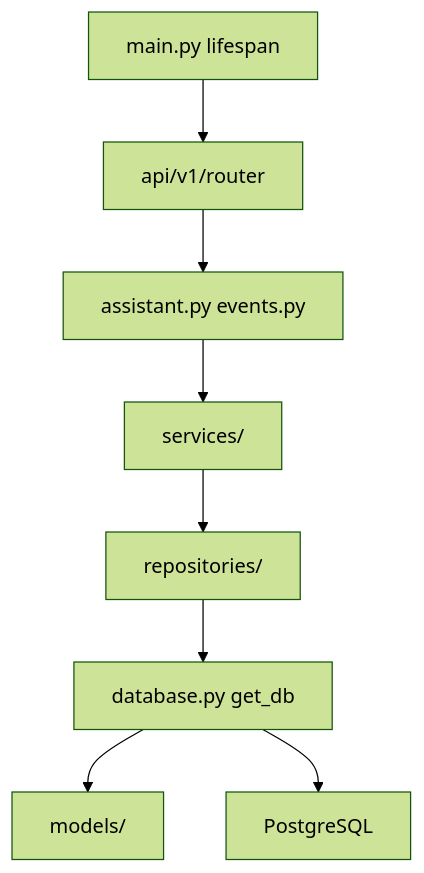
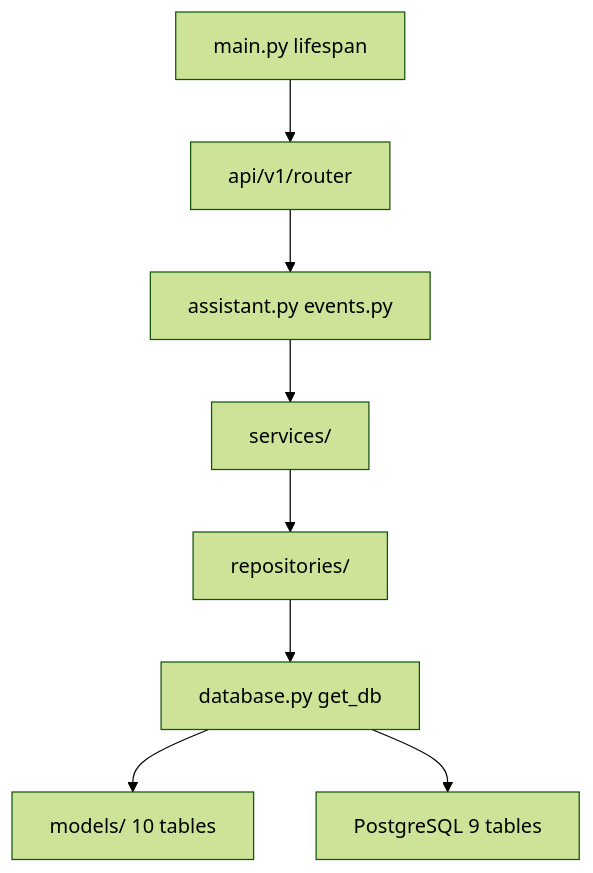
One commit to zatulik2606/diaai changed the diagram in docs/tech/backend-structure.md. Above: the diagram before and after it, drawn with Mermaid (forest theme). The commit also changed other lines of this file and 37 other files, not shown here.

````diff
--- a/docs/tech/backend-structure.md
+++ b/docs/tech/backend-structure.md
@@ -121,19 +157,19 @@
 ```mermaid
 flowchart TB
     main["main.py lifespan"]
     router["api/v1/router"]
     handlers["assistant.py events.py"]
     services["services/"]
     repos["repositories/"]
     db["database.py get_db"]
-    models["models/"]
-    pg["PostgreSQL"]
+    models["models/ 10 tables"]
+    pg["PostgreSQL 9 tables"]
 
     main --> router
     router --> handlers
     handlers --> services
     services --> repos
     repos --> db
     db --> models
     db --> pg
 ```
````
